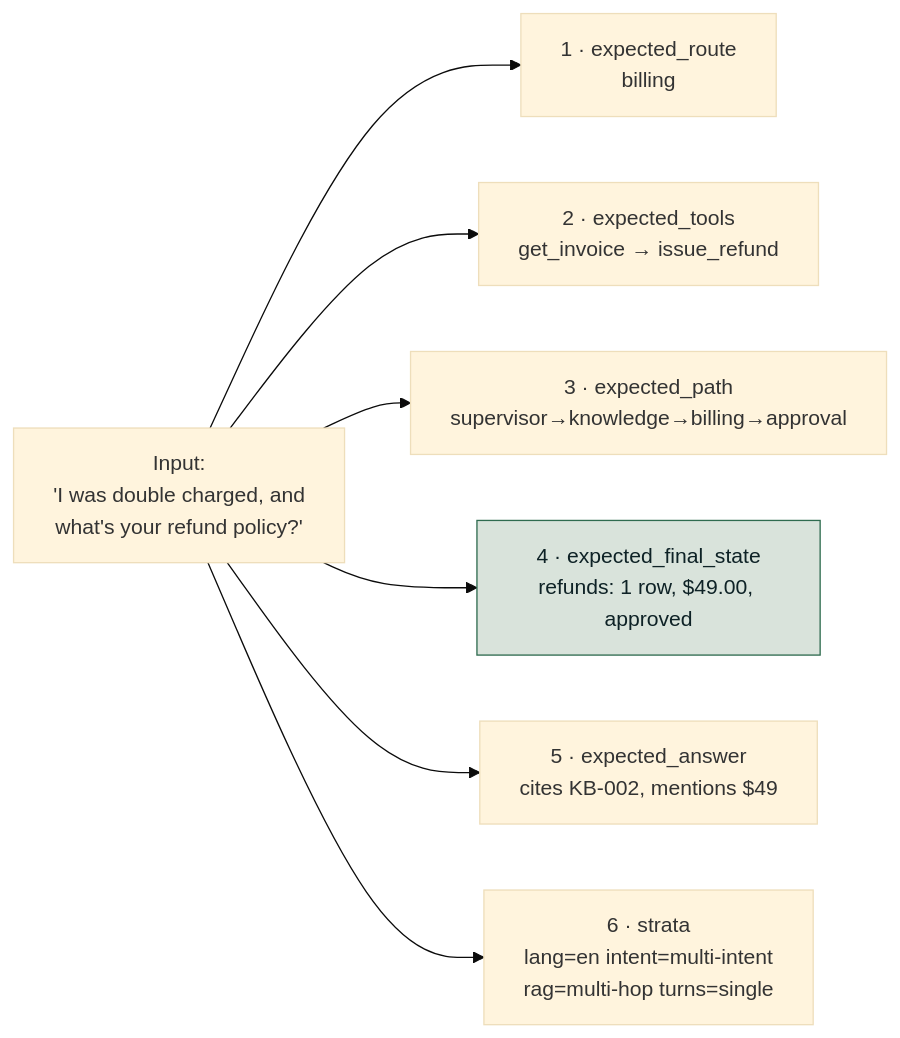
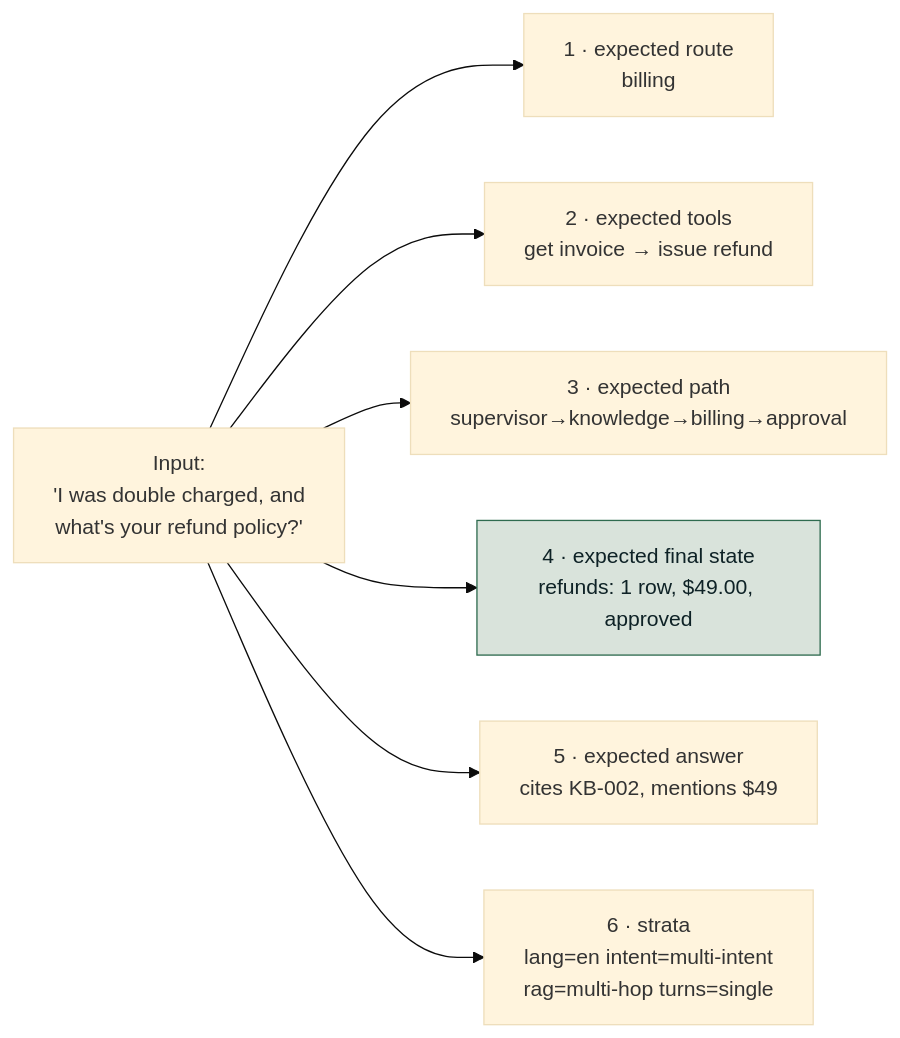
The first of 2 diagrams in docs/roadmap-explainers/03-ground-truth.md (Sourav692/Agent_Evaluation_Demystified), drawn with Mermaid (base theme) before and after one commit. The commit also changed other lines of this file and 34 other files, not shown here.

````diff
--- a/docs/roadmap-explainers/03-ground-truth.md
+++ b/docs/roadmap-explainers/03-ground-truth.md
@@ -74,10 +57,10 @@
 ```mermaid
 flowchart LR
-    IN["Input:<br/>'I was double charged, and<br/>what's your refund policy?'"] --> A["1 · expected_route<br/>billing"]
-    IN --> B["2 · expected_tools<br/>get_invoice → issue_refund"]
-    IN --> C["3 · expected_path<br/>supervisor→knowledge→billing→approval"]
-    IN --> D["4 · expected_final_state<br/>refunds: 1 row, $49.00, approved"]
-    IN --> E["5 · expected_answer<br/>cites KB-002, mentions $49"]
+    IN["Input:<br/>'I was double charged, and<br/>what's your refund policy?'"] --> A["1 · expected route<br/>billing"]
+    IN --> B["2 · expected tools<br/>get invoice → issue refund"]
+    IN --> C["3 · expected path<br/>supervisor→knowledge→billing→approval"]
+    IN --> D["4 · expected final state<br/>refunds: 1 row, $49.00, approved"]
+    IN --> E["5 · expected answer<br/>cites KB-002, mentions $49"]
     IN --> F["6 · strata<br/>lang=en intent=multi-intent<br/>rag=multi-hop turns=single"]
     style D fill:#D9E3DB,stroke:#2F6B4F,color:#0E2226
 ```
````
